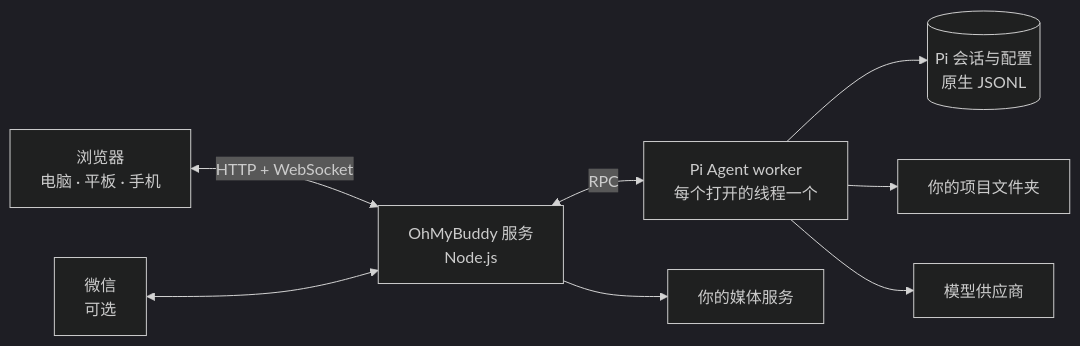
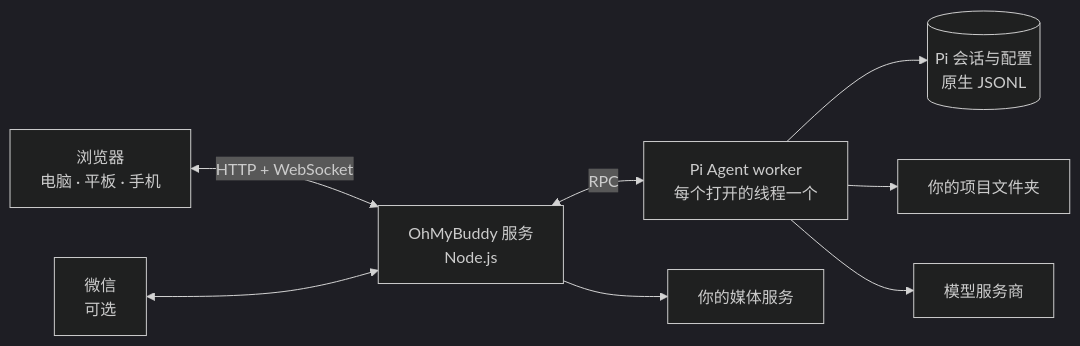
The diagram in README.zh-CN.md (YogurtJ/OhMyBuddy), drawn with Mermaid (dark theme) before and after one commit. The commit also changed other lines of this file and 72 other files, not shown here.

````diff
--- a/README.zh-CN.md
+++ b/README.zh-CN.md
@@ -182,10 +182,10 @@
 ```mermaid
 flowchart LR
     B["浏览器<br/>电脑 · 平板 · 手机"] <-->|HTTP + WebSocket| S["OhMyBuddy 服务<br/>Node.js"]
     C["微信<br/>可选"] <--> S
     S <-->|RPC| W["Pi Agent worker<br/>每个打开的线程一个"]
     W --> D[("Pi 会话与配置<br/>原生 JSONL")]
     W --> P["你的项目文件夹"]
-    W --> L["模型供应商"]
+    W --> L["模型服务商"]
     S --> M["你的媒体服务"]
 ```
````
